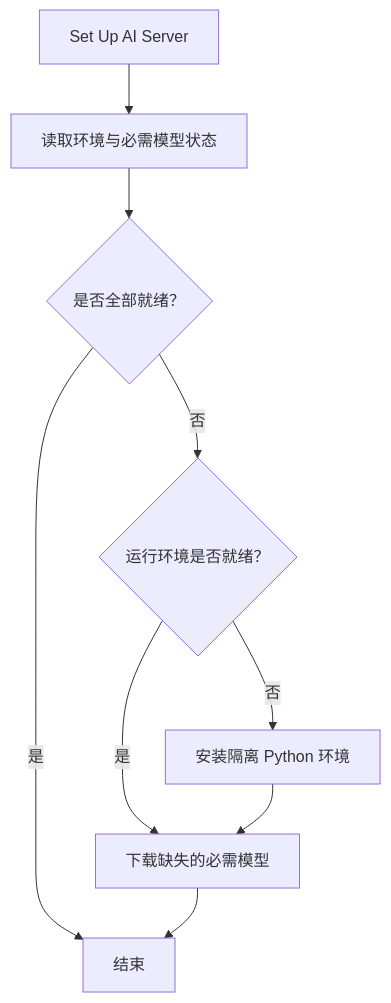
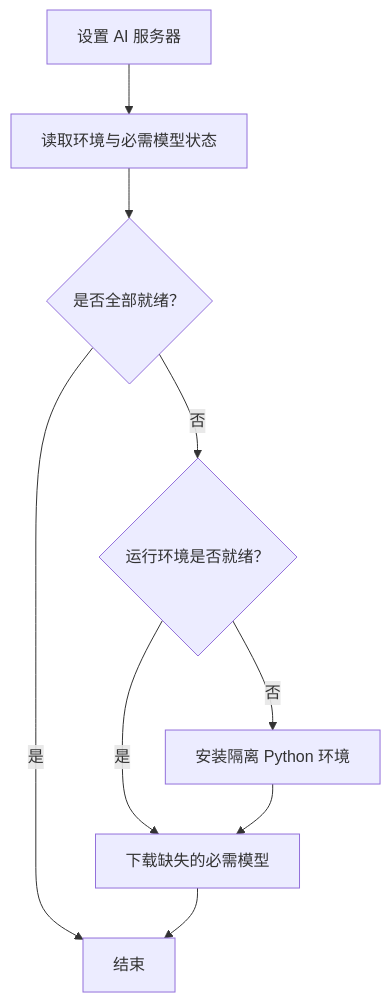
Before and after one commit to OmooLab/AnyImage: the diagram in docs/develop/operators/ai-setup.md, drawn with Mermaid. The commit also changed 56 other files, not shown here.

````diff
--- a/docs/develop/operators/ai-setup.md
+++ b/docs/develop/operators/ai-setup.md
@@ -7,10 +7,10 @@
 ```mermaid
 flowchart TD
-    Entry["Set Up AI Server"] --> Status["读取环境与必需模型状态"]
+    Entry["设置 AI 服务器"] --> Status["读取环境与必需模型状态"]
     Status --> Ready{"是否全部就绪？"}
     Ready -- "是" --> Done["结束"]
     Ready -- "否" --> Environment{"运行环境是否就绪？"}
     Environment -- "否" --> Install["安装隔离 Python 环境"]
     Environment -- "是" --> Download["下载缺失的必需模型"]
     Install --> Download --> Done
 ```
````
